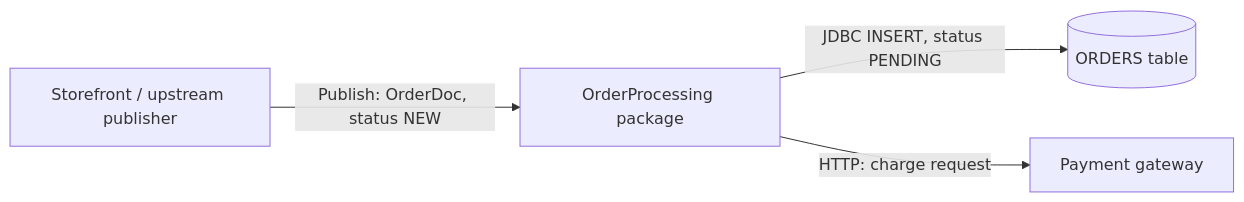
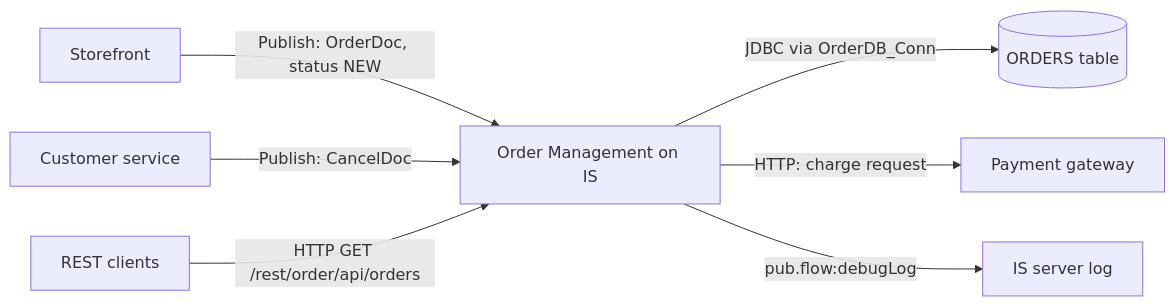
One commit to sgoskula/webmethodskill changed the diagram in _fsd_work/sections/00-intro.md. Above: the diagram before and after it, drawn with Mermaid. The commit also changed other lines of this file and 49 other files, not shown here.

First line of the commit message:
Produce one overall FSD with existing architecture for multi-flow apps

````diff
--- a/_fsd_work/sections/00-intro.md
+++ b/_fsd_work/sections/00-intro.md
@@ -37,6 +44,9 @@
 ```mermaid
 flowchart LR
-    Storefront["Storefront / upstream publisher"] -- "Publish: OrderDoc, status NEW" --> OP["OrderProcessing package"]
-    OP -- "JDBC INSERT, status PENDING" --> DB[("ORDERS table")]
-    OP -- "HTTP: charge request" --> PG["Payment gateway"]
+    Storefront["Storefront"] -- "Publish: OrderDoc, status NEW" --> APP["Order Management on IS"]
+    CS["Customer service"] -- "Publish: CancelDoc" --> APP
+    Clients["REST clients"] -- "HTTP GET /rest/order/api/orders" --> APP
+    APP -- "JDBC via OrderDB_Conn" --> DB[("ORDERS table")]
+    APP -- "HTTP: charge request" --> PG["Payment gateway"]
+    APP -- "pub.flow:debugLog" --> LOG["IS server log"]
 ```
````
